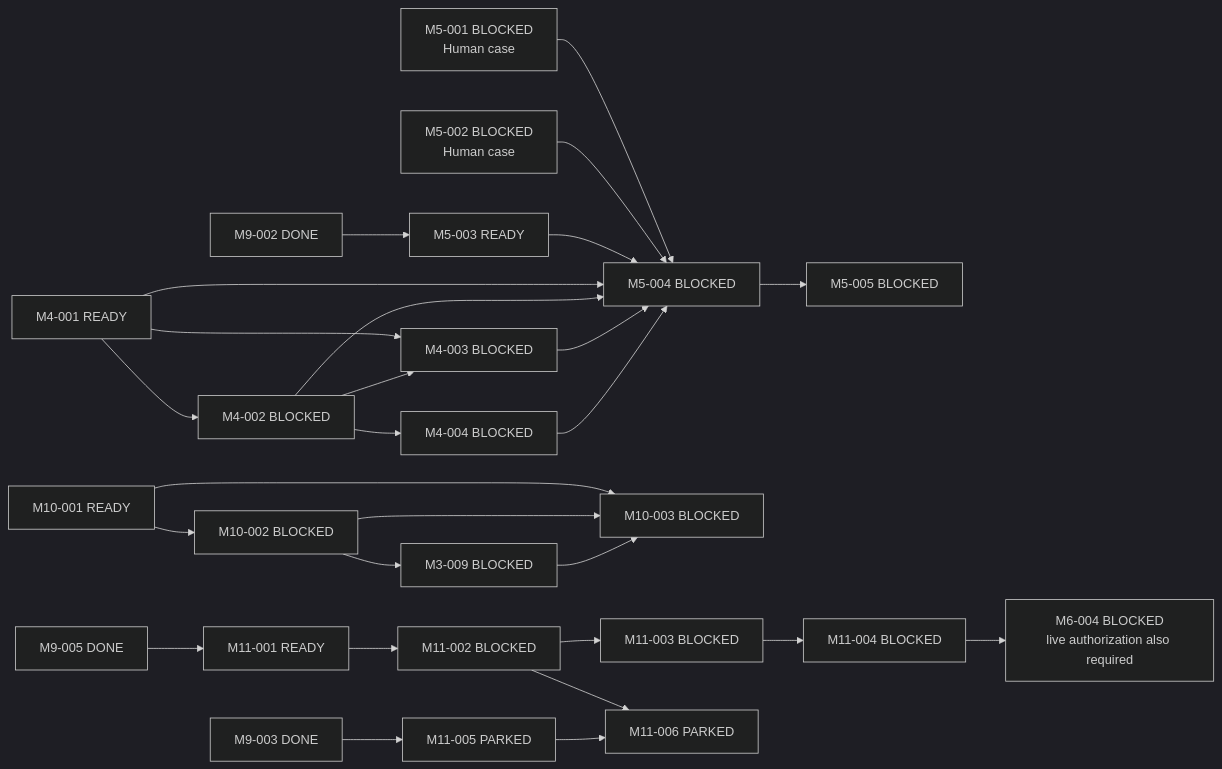
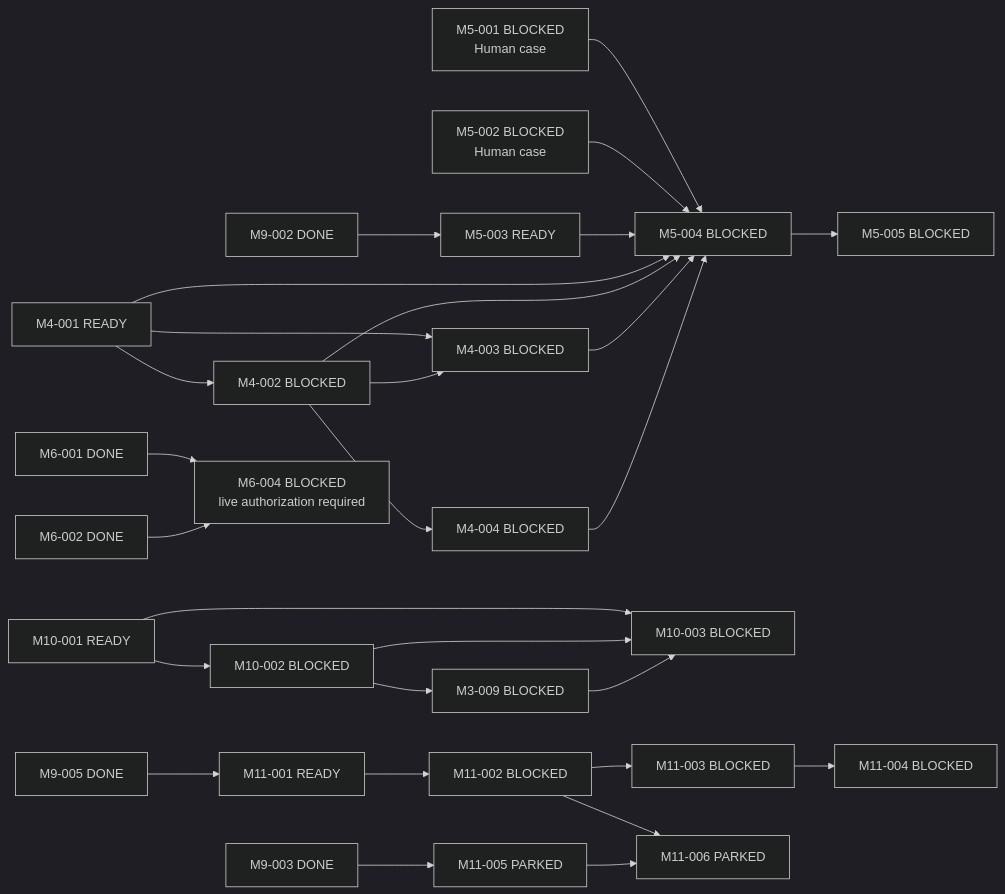
One commit to Chengyue-Lu/research-agent-workbench changed the diagram in docs/workstreams/chengyue-lu/ISSUE-41-M-SERIES-NORMALIZATION/NORMALIZATION_MATRIX.md. Above: the diagram before and after it, drawn with Mermaid (dark theme). The commit also changed other lines of this file and 6 other files, not shown here.

Commit message:
docs: address PR 42 architecture review

````diff
--- a/docs/workstreams/chengyue-lu/ISSUE-41-M-SERIES-NORMALIZATION/NORMALIZATION_MATRIX.md
+++ b/docs/workstreams/chengyue-lu/ISSUE-41-M-SERIES-NORMALIZATION/NORMALIZATION_MATRIX.md
@@ -146,33 +147,35 @@
 ```mermaid
 flowchart LR
     M4001["M4-001 READY"] --> M4002["M4-002 BLOCKED"]
     M4001 --> M4003["M4-003 BLOCKED"]
     M4002 --> M4003
     M4002 --> M4004["M4-004 BLOCKED"]
 
     M9002["M9-002 DONE"] --> M5003["M5-003 READY"]
     M5001["M5-001 BLOCKED<br/>Human case"] --> M5004["M5-004 BLOCKED"]
     M5002["M5-002 BLOCKED<br/>Human case"] --> M5004
     M5003 --> M5004
     M4001 --> M5004
     M4002 --> M5004
     M4003 --> M5004
     M4004 --> M5004
     M5004 --> M5005["M5-005 BLOCKED"]
 
     M1001["M10-001 READY"] --> M1002["M10-002 BLOCKED"]
     M1002 --> M3009["M3-009 BLOCKED"]
     M1001 --> M1003["M10-003 BLOCKED"]
     M1002 --> M1003
     M3009 --> M1003
 
     M9005["M9-005 DONE"] --> M1101["M11-001 READY"]
     M1101 --> M1102["M11-002 BLOCKED"]
     M1102 --> M1103["M11-003 BLOCKED"]
     M1103 --> M1104["M11-004 BLOCKED"]
-    M1104 --> M6004["M6-004 BLOCKED<br/>live authorization also required"]
+
+    M6001["M6-001 DONE"] --> M6004["M6-004 BLOCKED<br/>live authorization required"]
+    M6002["M6-002 DONE"] --> M6004
 
     M9003["M9-003 DONE"] --> M1105["M11-005 PARKED"]
     M1102 --> M1106["M11-006 PARKED"]
     M1105 --> M1106
 ```
````
